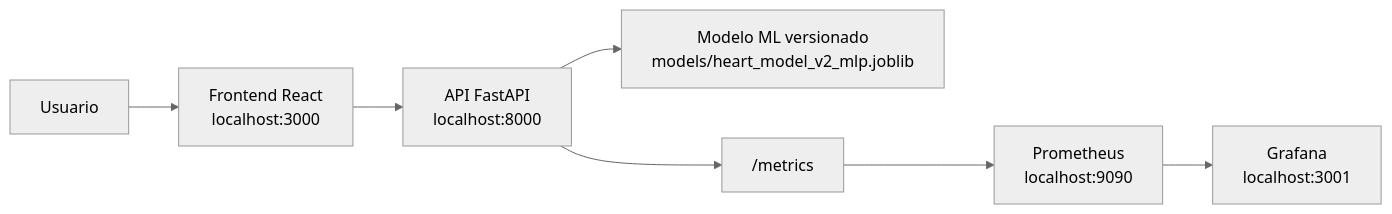
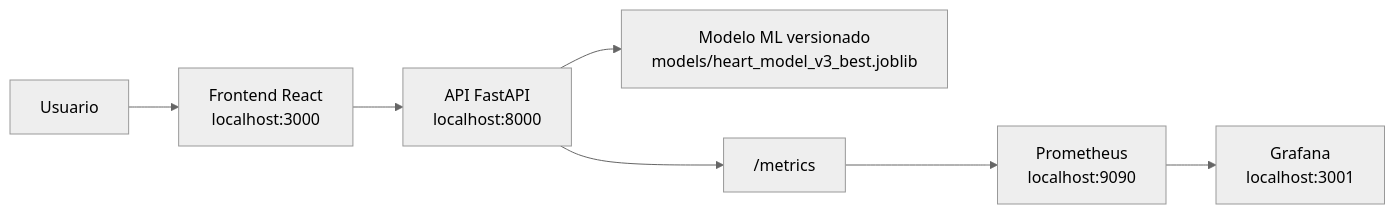
The first of 3 diagrams in README.md (marichu-kt/heart-disease-mlops), drawn with Mermaid (neutral theme) before and after one commit. The commit also changed other lines of this file and 12 other files, not shown here.

Commit message:
Improve model evaluation and select best model

````diff
--- a/README.md
+++ b/README.md
@@ -126,9 +126,9 @@
 ```mermaid
 flowchart LR
     Usuario["Usuario"] --> Frontend["Frontend React<br/>localhost:3000"]
     Frontend --> API["API FastAPI<br/>localhost:8000"]
-    API --> Modelo["Modelo ML versionado<br/>models/heart_model_v2_mlp.joblib"]
+    API --> Modelo["Modelo ML versionado<br/>models/heart_model_v3_best.joblib"]
     API --> Metrics["/metrics"]
     Metrics --> Prometheus["Prometheus<br/>localhost:9090"]
     Prometheus --> Grafana["Grafana<br/>localhost:3001"]
 ```
````
